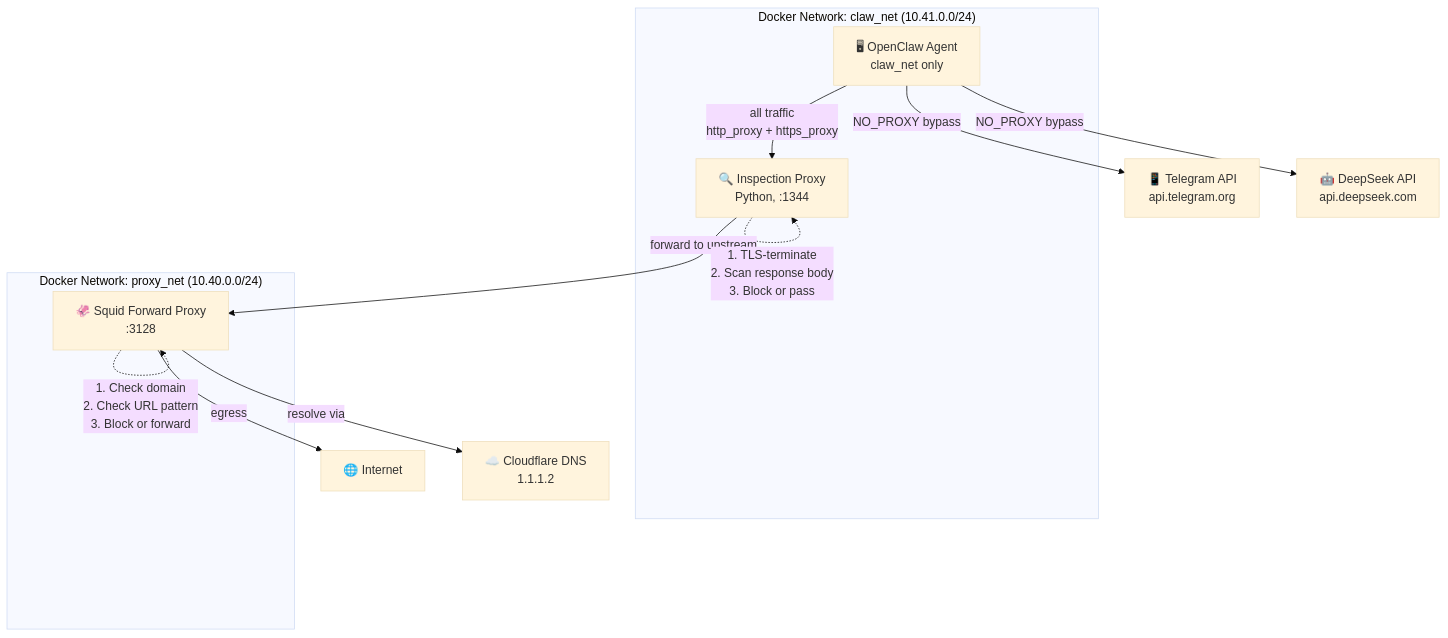
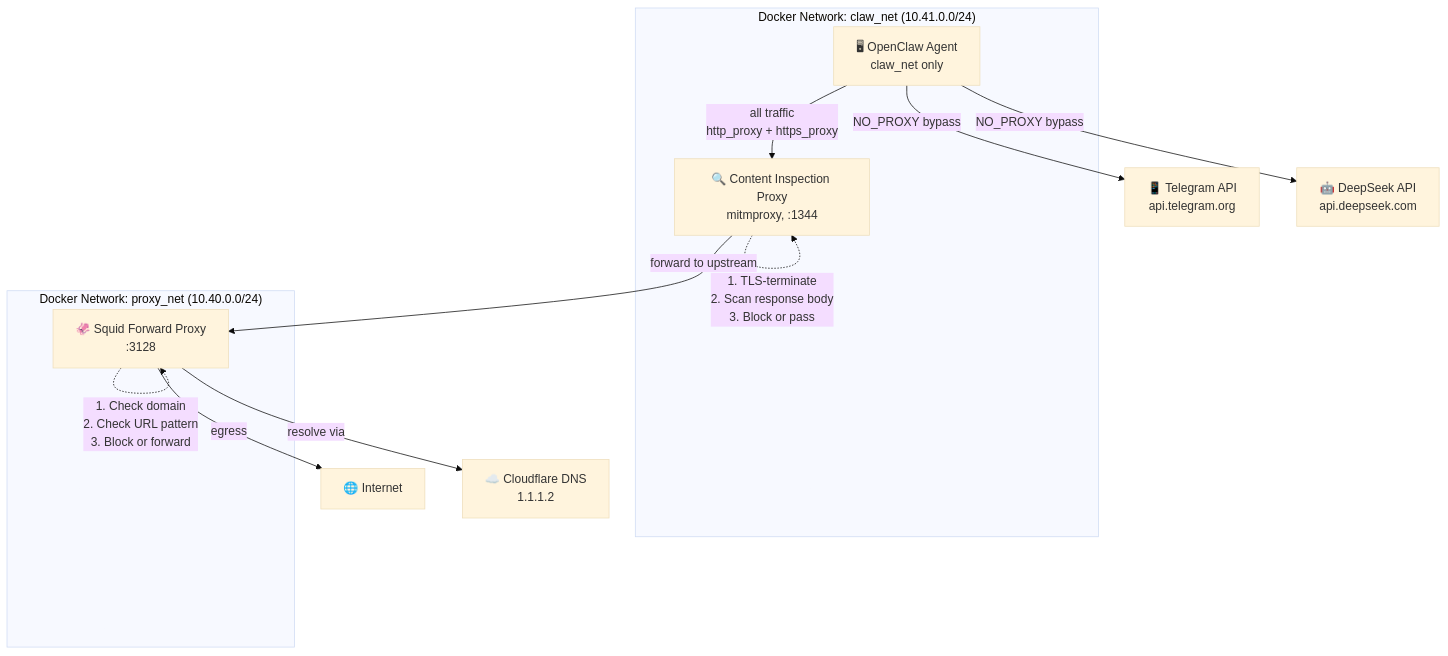
Before and after one commit to mandivandermerwe/babyclaw: the diagram in README.md, drawn with Mermaid (base theme). The commit also changed other lines of this file and 5 other files, not shown here.

First line of the commit message:
refactor: replace hand-rolled ICAP proxy with mitmproxy

````diff
--- a/README.md
+++ b/README.md
@@ -32,29 +32,29 @@
 ```mermaid
 graph TD
     A[🖥 OpenClaw Agent<br/>claw_net only]
-    B[🔍 Inspection Proxy<br/>Python, :1344]
+    B[🔍 Content Inspection Proxy<br/>mitmproxy, :1344]
     C[🦑 Squid Forward Proxy<br/>:3128]
     D[🌐 Internet]
     E[☁️ Cloudflare DNS<br/>1.1.1.2]
     F[📱 Telegram API<br/>api.telegram.org]
     G[🤖 DeepSeek API<br/>api.deepseek.com]
 
     subgraph "Docker Network: claw_net (10.41.0.0/24)"
         A
         B
     end
 
     subgraph "Docker Network: proxy_net (10.40.0.0/24)"
         C
     end
 
     A -->|"all traffic<br/>http_proxy + https_proxy"| B
     A -->|"NO_PROXY bypass"| F
     A -->|"NO_PROXY bypass"| G
     B -->|"forward to upstream"| C
     C -->|"resolve via"| E
     C -->|"egress"| D
 
     B -.->|"1. TLS-terminate<br/>2. Scan response body<br/>3. Block or pass"| B
     C -.->|"1. Check domain<br/>2. Check URL pattern<br/>3. Block or forward"| C
 ```
````
